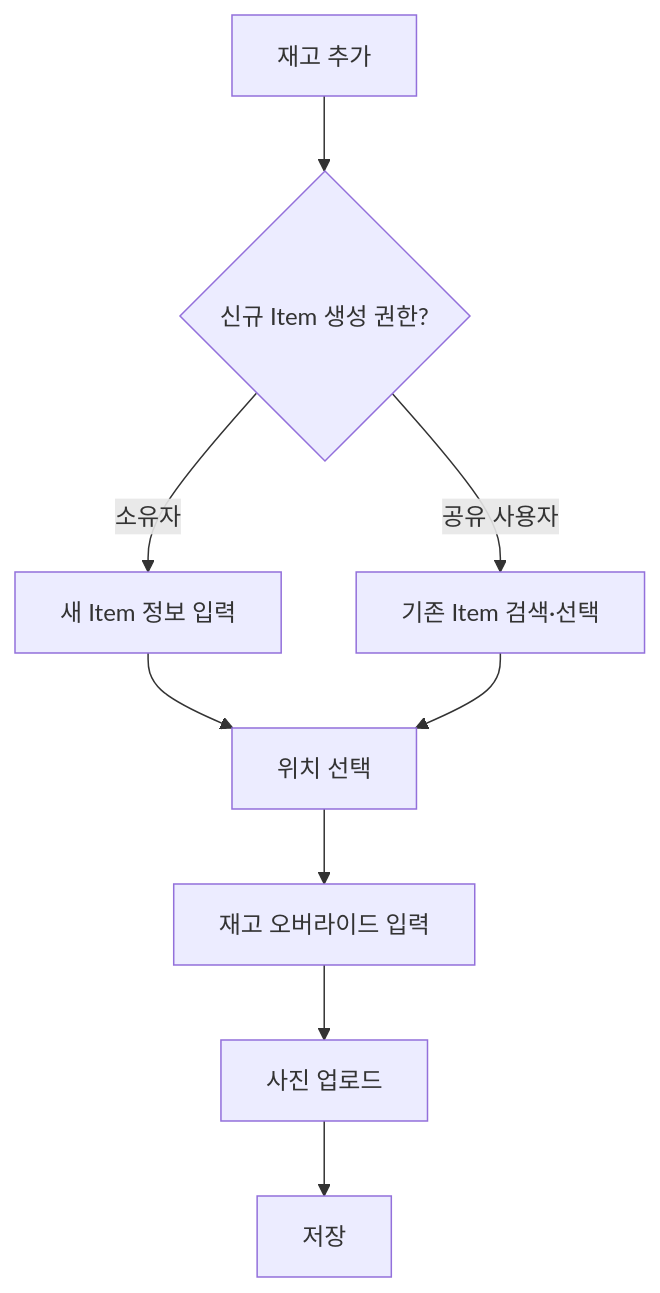
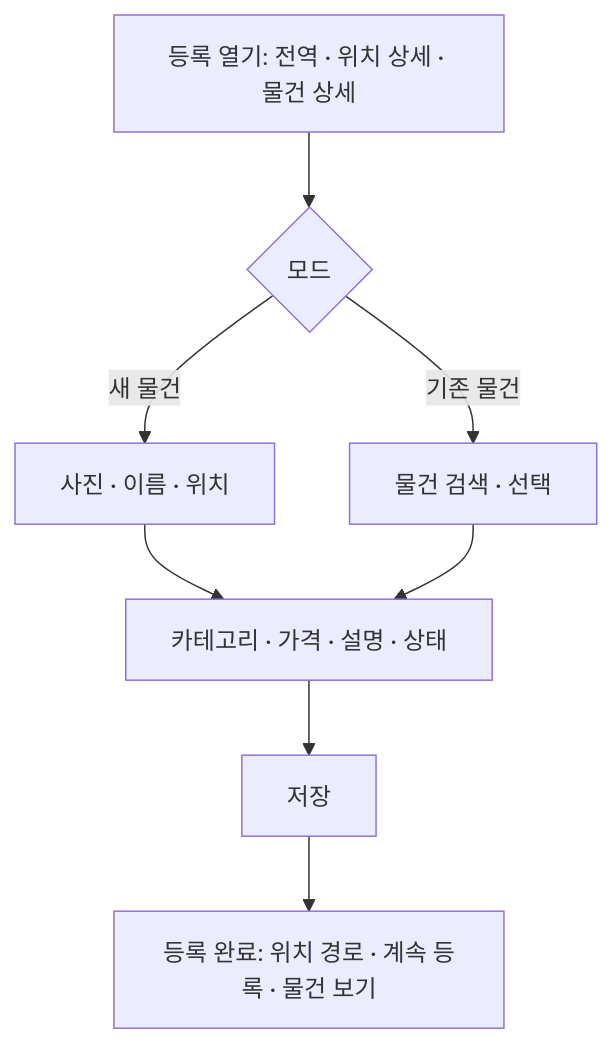
Before and after one commit to brgtovcm98/agolock: the second of 3 diagrams in docs/frontend.md, drawn with Mermaid. The commit also changed other lines of this file and 5 other files, not shown here.

````diff
--- a/docs/frontend.md
+++ b/docs/frontend.md
@@ -81,11 +89,10 @@
 ```mermaid
 flowchart TD
-    A[재고 추가] --> B{신규 Item 생성 권한?}
-    B -->|소유자| C[새 Item 정보 입력]
-    B -->|공유 사용자| D[기존 Item 검색·선택]
-    C --> E[위치 선택]
+    A[등록 열기: 전역 · 위치 상세 · 물건 상세] --> B{모드}
+    B -->|새 물건| C[사진 · 이름 · 위치]
+    B -->|기존 물건| D[물건 검색 · 선택]
+    C --> E[카테고리 · 가격 · 설명 · 상태]
     D --> E
-    E --> F[재고 오버라이드 입력]
-    F --> G[사진 업로드]
-    G --> H[저장]
+    E --> F[저장]
+    F --> G[등록 완료: 위치 경로 · 계속 등록 · 물건 보기]
 ```
````
